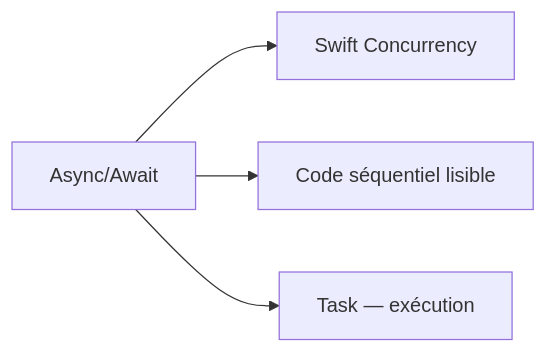
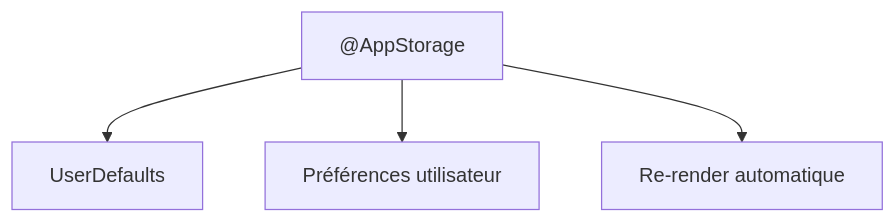
Before and after one commit to zyrass/omnydocs: the fifth of 45 diagrams in docs/glossaire/developpement-mobile.md, drawn with Mermaid. The commit also changed other lines of this file and 959 other files, not shown here.

````diff
--- a/docs/glossaire/developpement-mobile.md
+++ b/docs/glossaire/developpement-mobile.md
@@ -136,6 +152,6 @@
-    ```mermaid
-    graph LR
-        A[Async/Await] --> B[Swift Concurrency]
-        A --> C[Code séquentiel lisible]
-        A --> D[Task — exécution]
-    ```
+```mermaid
+flowchart TB
+    A["@AppStorage"] --> B[UserDefaults]
+    A --> C["Préférences utilisateur"]
+    A --> D["Re-render automatique"]
+```
````
